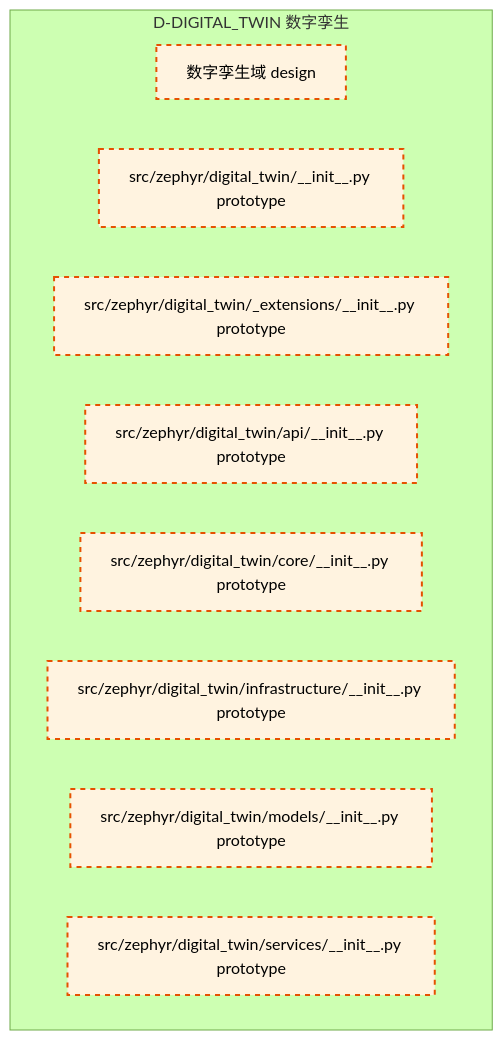
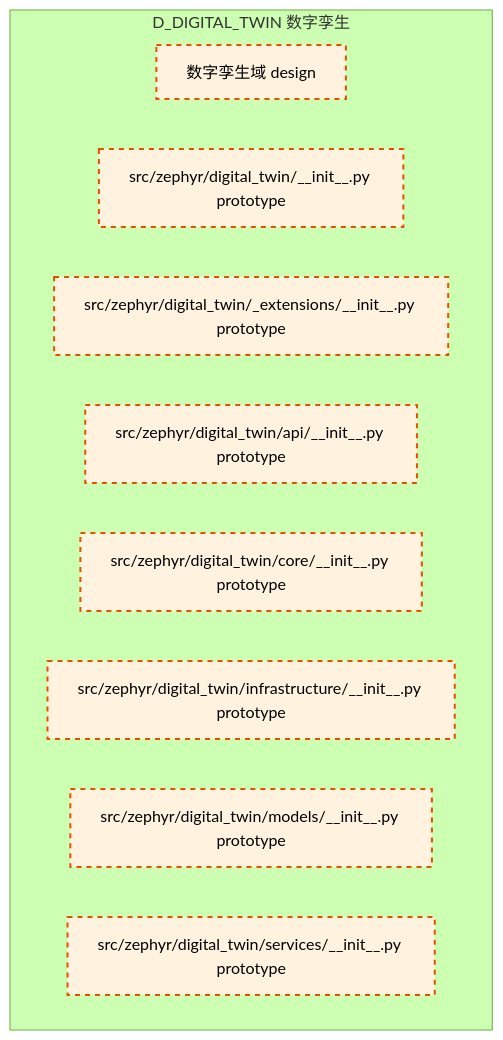
The diagram in docs/02_enterprise_architecture/02_domain_architecture_docs/27_d_digital_twin.md (xuanFelixVan/ZephyrAlpha), drawn with Mermaid (forest theme) before and after one commit. The commit also changed other lines of this file and 106 other files, not shown here.

````diff
--- a/docs/02_enterprise_architecture/02_domain_architecture_docs/27_d_digital_twin.md
+++ b/docs/02_enterprise_architecture/02_domain_architecture_docs/27_d_digital_twin.md
@@ -47,18 +47,18 @@
 ```mermaid
 graph TD
-    subgraph D_DIGITAL_TWIN["D-DIGITAL_TWIN 数字孪生"]
+    subgraph D_DIGITAL_TWIN["D_DIGITAL_TWIN 数字孪生"]
         src_zephyr_digital_twin["数字孪生域 design"]
         src_zephyr_digital_twin_init_py["src/zephyr/digital_twin/__init__.py prototype"]
         src_zephyr_digital_twin_extensions_init_py["src/zephyr/digital_twin/_extensions/__init__.py prototype"]
         src_zephyr_digital_twin_api_init_py["src/zephyr/digital_twin/api/__init__.py prototype"]
         src_zephyr_digital_twin_core_init_py["src/zephyr/digital_twin/core/__init__.py prototype"]
         src_zephyr_digital_twin_infrastructure_init_py["src/zephyr/digital_twin/infrastructure/__init__.py prototype"]
         src_zephyr_digital_twin_models_init_py["src/zephyr/digital_twin/models/__init__.py prototype"]
         src_zephyr_digital_twin_services_init_py["src/zephyr/digital_twin/services/__init__.py prototype"]
     end
     classDef production fill:#e1f5fe,stroke:#01579b,stroke-width:2px,color:#000
     classDef design fill:#fff3e0,stroke:#e65100,stroke-width:2px,color:#000,stroke-dasharray: 5 5
     classDef external_prod fill:#e8f5e9,stroke:#1b5e20,stroke-width:1px,color:#000
     classDef external_design fill:#fce4ec,stroke:#880e4f,stroke-width:1px,color:#000,stroke-dasharray: 5 5
     class src_zephyr_digital_twin,src_zephyr_digital_twin_init_py,src_zephyr_digital_twin_extensions_init_py,src_zephyr_digital_twin_api_init_py,src_zephyr_digital_twin_core_init_py,src_zephyr_digital_twin_infrastructure_init_py,src_zephyr_digital_twin_models_init_py,src_zephyr_digital_twin_services_init_py design
 ```
````
